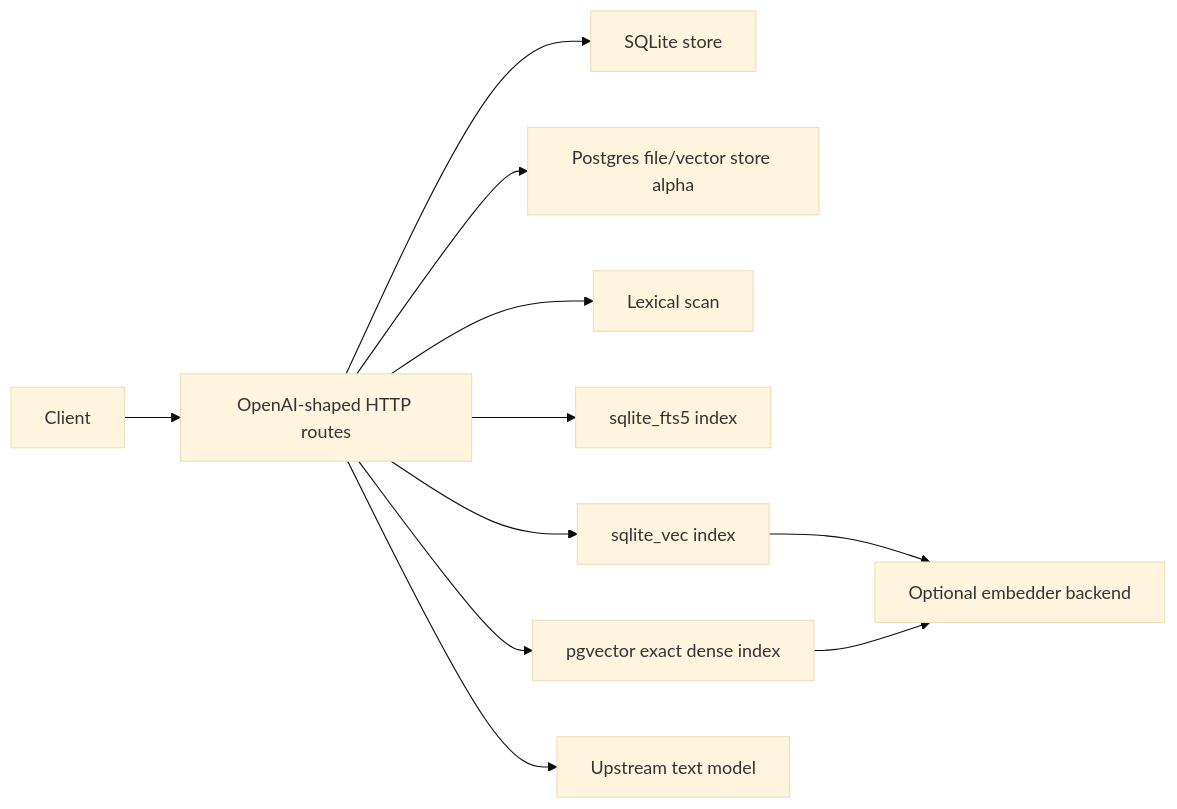
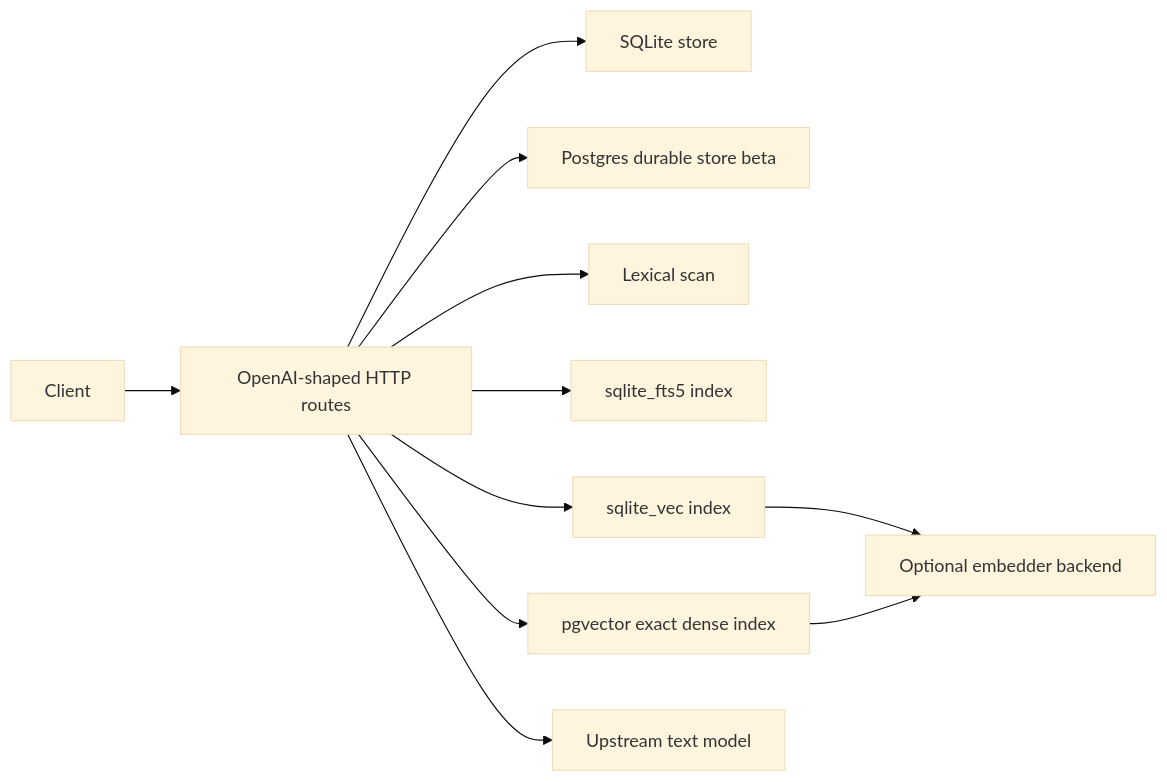
One commit to avelrl/llama_shim changed the first of 2 diagrams in docs/v3-storage-retrieval-backends.md. Above: the diagram before and after it, drawn with Mermaid (base theme). The commit also changed other lines of this file and 12 other files, not shown here.

Commit message:
Add Postgres durable state storage beta

````diff
--- a/docs/v3-storage-retrieval-backends.md
+++ b/docs/v3-storage-retrieval-backends.md
@@ -49,24 +59,24 @@
 ```mermaid
 flowchart LR
   client["Client"]
   http["OpenAI-shaped HTTP routes"]
   sqlite["SQLite store"]
-  postgres["Postgres file/vector store alpha"]
+  postgres["Postgres durable store beta"]
   lexical["Lexical scan"]
   fts5["sqlite_fts5 index"]
   sqlitevec["sqlite_vec index"]
   pgvector["pgvector exact dense index"]
   embedder["Optional embedder backend"]
   model["Upstream text model"]
 
   client --> http
   http --> sqlite
   http --> postgres
   http --> lexical
   http --> fts5
   http --> sqlitevec
   http --> pgvector
   sqlitevec --> embedder
   pgvector --> embedder
   http --> model
 ```
````
